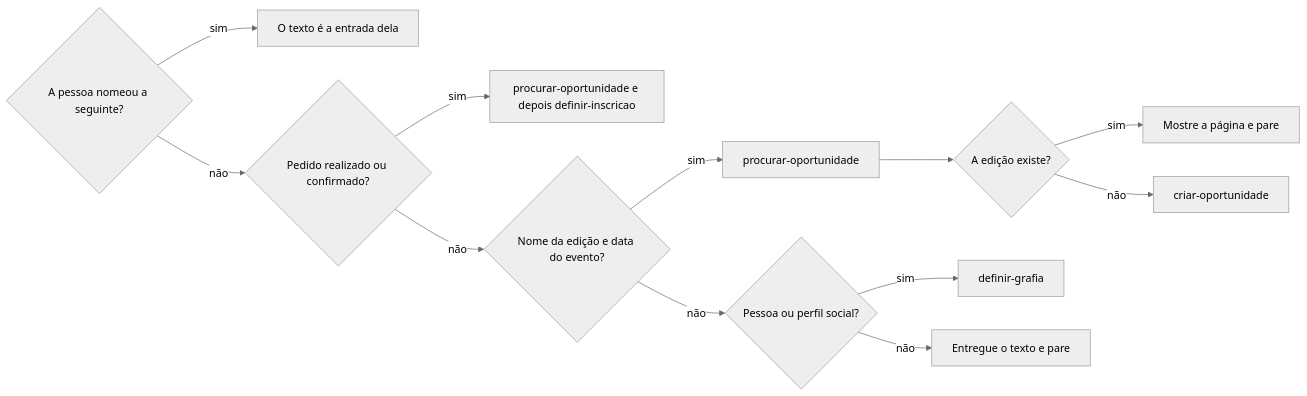
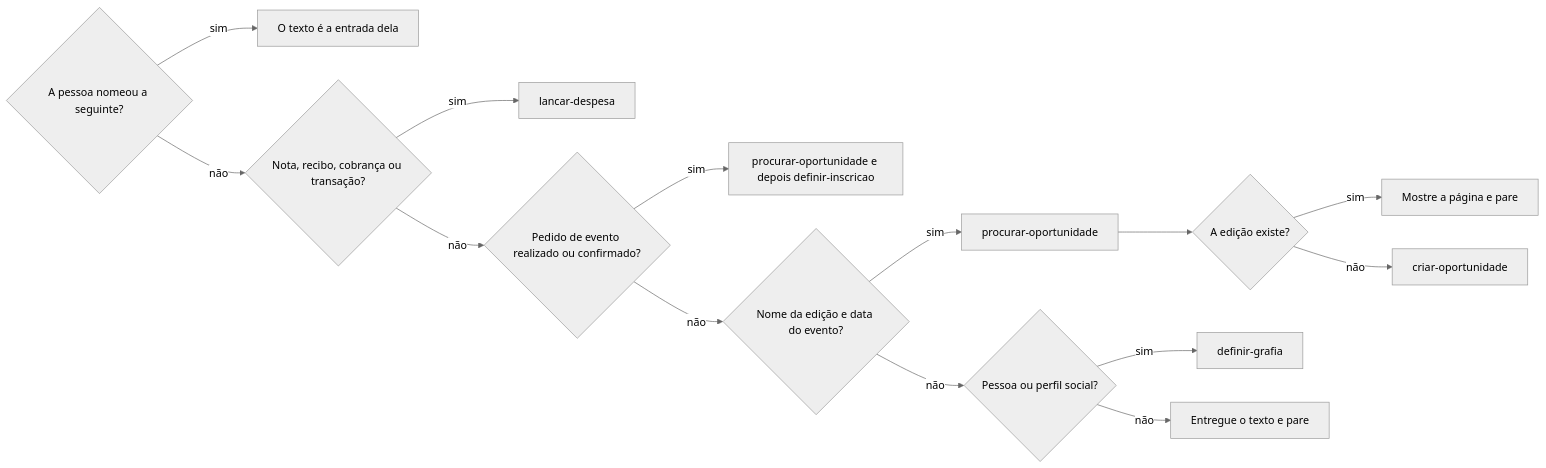
The diagram in .agents/skills/reconhecer-imagem/SKILL.md (jimmyandrade/harness), drawn with Mermaid (neutral theme) before and after one commit. The commit also changed other lines of this file and 5 other files, not shown here.

````diff
--- a/.agents/skills/reconhecer-imagem/SKILL.md
+++ b/.agents/skills/reconhecer-imagem/SKILL.md
@@ -47,14 +48,16 @@
 ```mermaid
 flowchart LR
   A{A pessoa nomeou a seguinte?} -->|sim| B[O texto é a entrada dela]
-  A -->|não| C{Pedido realizado ou confirmado?}
+  A -->|não| M{Nota, recibo, cobrança ou transação?}
+  M -->|sim| N[lancar-despesa]
+  M -->|não| C{Pedido de evento realizado ou confirmado?}
   C -->|sim| D[procurar-oportunidade e depois definir-inscricao]
   C -->|não| E{Nome da edição e data do evento?}
   E -->|sim| F[procurar-oportunidade]
   F --> J{A edição existe?}
   J -->|sim| K[Mostre a página e pare]
   J -->|não| L[criar-oportunidade]
   E -->|não| H{Pessoa ou perfil social?}
   H -->|sim| I[definir-grafia]
   H -->|não| G[Entregue o texto e pare]
 ```
````
